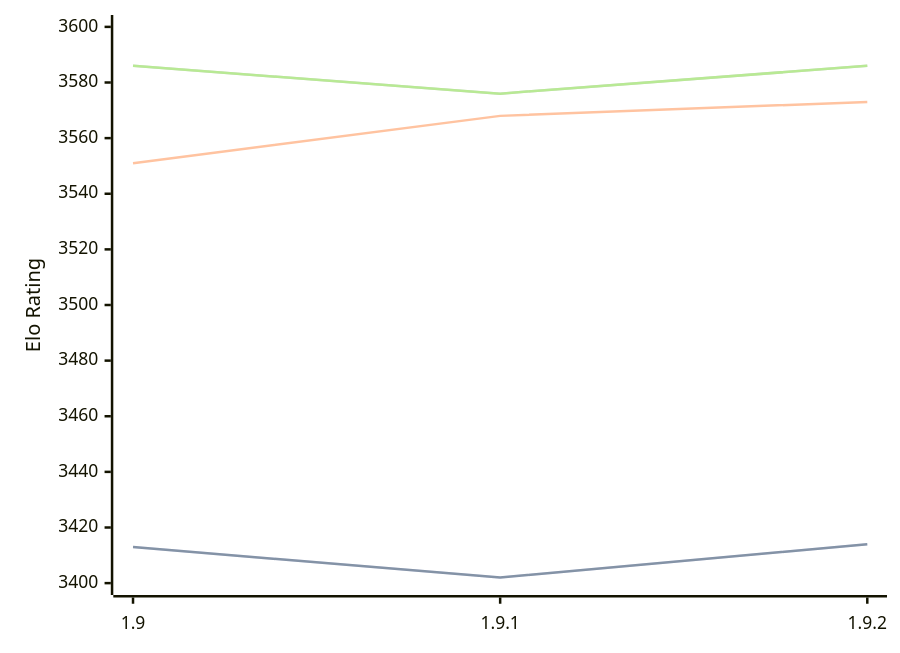
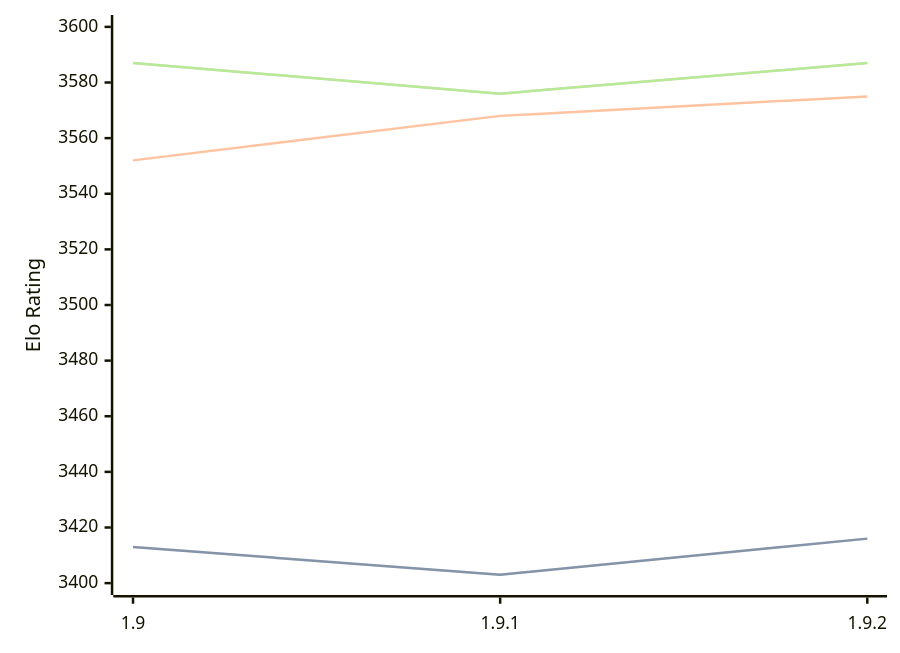
The diagram in engines/Pawnocchio.md (computer-chess-index/cci), drawn with Mermaid before and after one commit. The commit also changed other lines of this file, not shown here.

Commit message:
Update CCI Ratings (ELO VLTC) - 2026-04-19

````diff
--- a/engines/Pawnocchio.md
+++ b/engines/Pawnocchio.md
@@ -48,11 +48,11 @@
 ```mermaid
 %%{init: {"theme":"base","themeVariables":{"seriesColors:['#a3a3a3','#222221','#faa371']}}}%%
 xychart-beta
   x-axis ["1.9", "1.9.1", "1.9.2"]
   y-axis "Elo Rating" 3400 --> 3600
-  line "STC (8.0+0.08s)" [3413, 3402, 3414]
-  line "STC (8.0+0.08s)" [3413, 3402, 3414]
-  line "LTC (60.0+0.60s)" [3551, 3568, 3573]
-  line "VLTC (2m24s+1.12s)" [3586, 3576, 3586]
-  line "VLTC (2m24s+1.12s)" [3586, 3576, 3586]
+  line "STC (8.0+0.08s)" [3413, 3403, 3416]
+  line "STC (8.0+0.08s)" [3413, 3403, 3416]
+  line "LTC (60.0+0.60s)" [3552, 3568, 3575]
+  line "VLTC (2m24s+1.12s)" [3587, 3576, 3587]
+  line "VLTC (2m24s+1.12s)" [3587, 3576, 3587]
 ```
````
